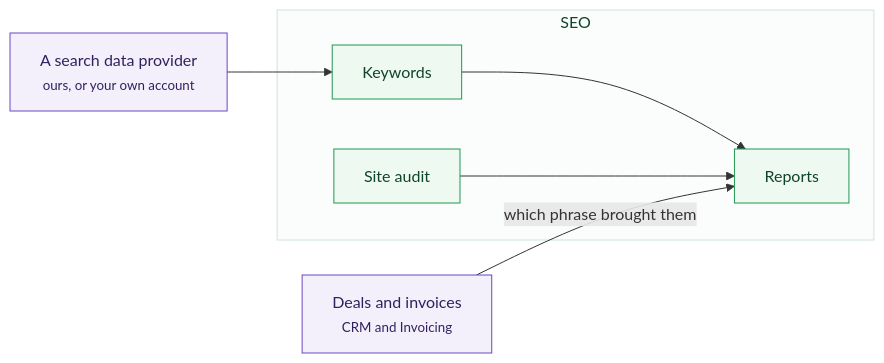
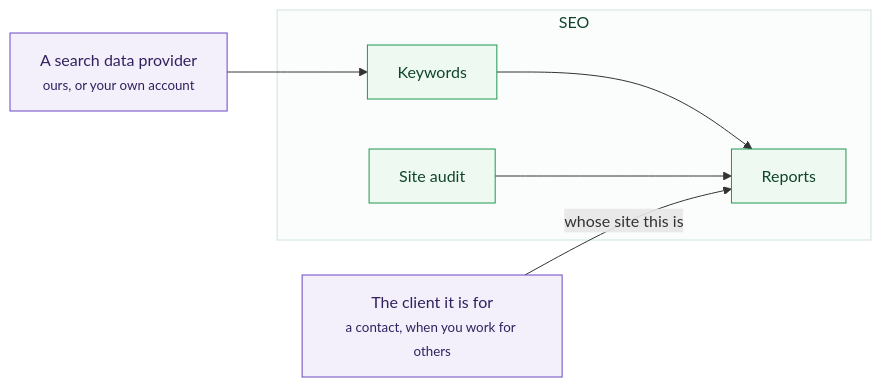
The diagram in docs/site/05-modules/seo.md (Sentrello/Sentrello), drawn with Mermaid before and after one commit. The commit also changed 4 other files, not shown here.

````diff
--- a/docs/site/05-modules/seo.md
+++ b/docs/site/05-modules/seo.md
@@ -16,19 +16,19 @@
 ```mermaid
 flowchart LR
   classDef screen fill:#eef4ff,stroke:#3b6fd4,color:#16305e
   classDef own fill:#eefaf1,stroke:#219653,color:#10442a
   classDef out fill:#f4f0fb,stroke:#6b47c4,color:#31205e
   classDef pub fill:#fff4ec,stroke:#c4470f,color:#5a2207
   subgraph OWN[" SEO "]
     K["Keywords"]:::own
     A["Site audit"]:::own
     R["Reports"]:::own
   end
   PROV["A search data provider<br/><small>ours, or your own account</small>"]:::out
-  DEAL["Deals and invoices<br/><small>CRM and Invoicing</small>"]:::out
+  CRM["The client it is for<br/><small>a contact, when you work for others</small>"]:::out
 
   PROV --> K --> R
   A --> R
-  DEAL -->|"which phrase brought them"| R
+  CRM -->|"whose site this is"| R
   style OWN fill:#fbfdfc,stroke:#cfe4d8,color:#10442a
 ```
````
